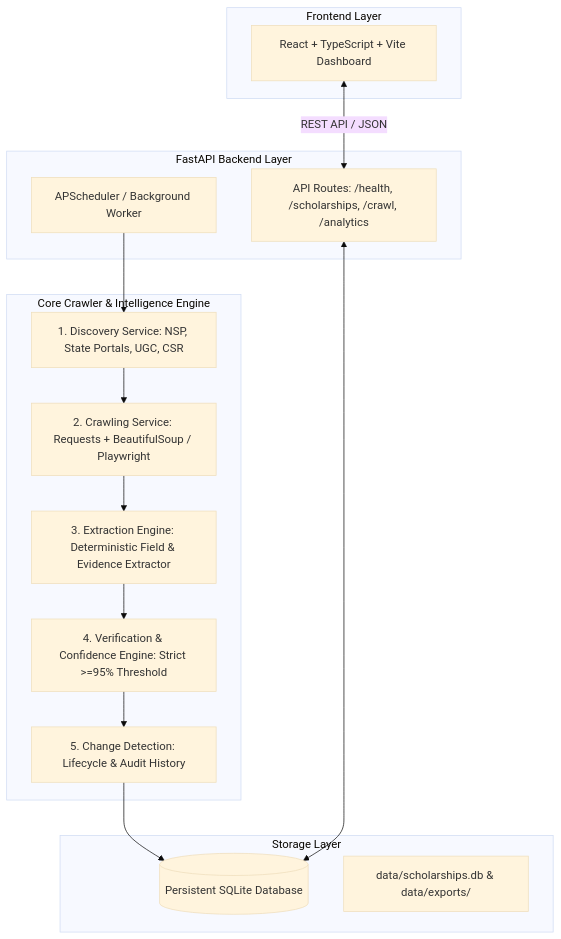
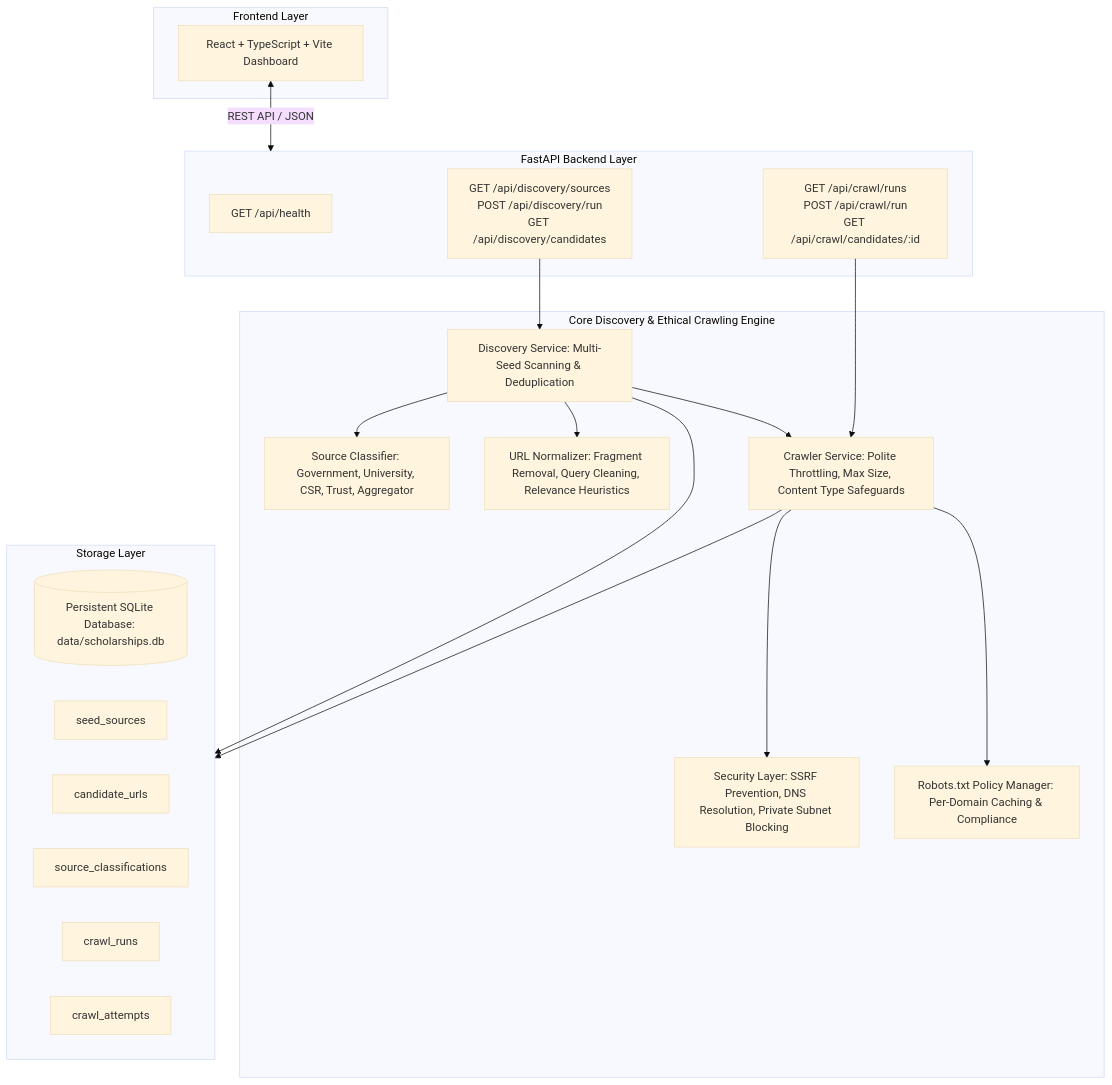
One commit to Guptsonu22/Scholarship-Intelligence-Crawler changed the diagram in docs/architecture.md. Above: the diagram before and after it, drawn with Mermaid (base theme). The commit also changed other lines of this file and 3 other files, not shown here.

Commit message:
feat: implement frontend dashboard and architecture documentation for scholarship crawler

````diff
--- a/docs/architecture.md
+++ b/docs/architecture.md
@@ -7,33 +7,41 @@
 ```mermaid
 graph TD
     subgraph UI [Frontend Layer]
         Dashboard[React + TypeScript + Vite Dashboard]
     end
 
     subgraph API [FastAPI Backend Layer]
-        Routes[API Routes: /health, /scholarships, /crawl, /analytics]
-        Scheduler[APScheduler / Background Worker]
+        HealthRoute[GET /api/health]
+        DiscoveryRoutes[GET /api/discovery/sources<br/>POST /api/discovery/run<br/>GET /api/discovery/candidates]
+        CrawlRoutes[GET /api/crawl/runs<br/>POST /api/crawl/run<br/>GET /api/crawl/candidates/:id]
     end
 
-    subgraph CoreServices [Core Crawler & Intelligence Engine]
-        Discovery[1. Discovery Service: NSP, State Portals, UGC, CSR]
-        Crawler[2. Crawling Service: Requests + BeautifulSoup / Playwright]
-        Extraction[3. Extraction Engine: Deterministic Field & Evidence Extractor]
-        Verification[4. Verification & Confidence Engine: Strict >=95% Threshold]
-        ChangeDetector[5. Change Detection: Lifecycle & Audit History]
+    subgraph CoreServices [Core Discovery & Ethical Crawling Engine]
+        Discovery[Discovery Service: Multi-Seed Scanning & Deduplication]
+        Classifier[Source Classifier: Government, University, CSR, Trust, Aggregator]
+        Normalizer[URL Normalizer: Fragment Removal, Query Cleaning, Relevance Heuristics]
+        Crawler[Crawler Service: Polite Throttling, Max Size, Content Type Safeguards]
+        Security[Security Layer: SSRF Prevention, DNS Resolution, Private Subnet Blocking]
+        Robots[Robots.txt Policy Manager: Per-Domain Caching & Compliance]
     end
 
     subgraph Storage [Storage Layer]
-        SQLite[(Persistent SQLite Database)]
-        DataDir[data/scholarships.db & data/exports/]
+        SQLite[(Persistent SQLite Database: data/scholarships.db)]
+        SeedTable[seed_sources]
+        CandTable[candidate_urls]
+        ClassTable[source_classifications]
+        RunsTable[crawl_runs]
+        AttemptsTable[crawl_attempts]
     end
 
-    Dashboard <-->|REST API / JSON| Routes
-    Scheduler --> Discovery
+    Dashboard <-->|REST API / JSON| API
+    DiscoveryRoutes --> Discovery
+    CrawlRoutes --> Crawler
+    Discovery --> Normalizer
+    Discovery --> Classifier
     Discovery --> Crawler
-    Crawler --> Extraction
-    Extraction --> Verification
-    Verification --> ChangeDetector
-    ChangeDetector --> SQLite
-    Routes <--> SQLite
+    Crawler --> Security
+    Crawler --> Robots
+    Crawler --> Storage
+    Discovery --> Storage
 ```
````
